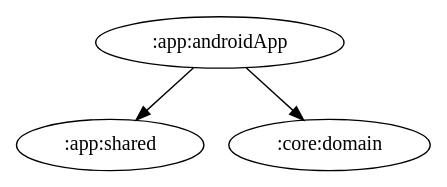
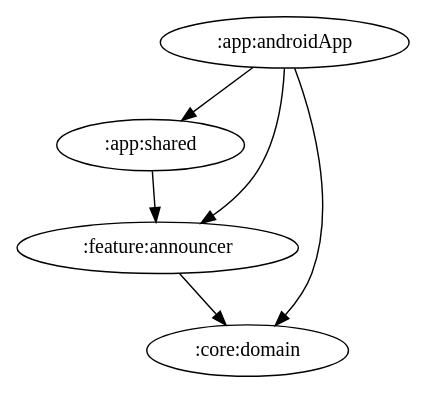
One commit to ai-kurou/KoDriver changed the diagram in docs/graphs/app-androidApp.gv. Above: the diagram before and after it, drawn with Graphviz. The commit also changed 13 other files, not shown here.

Commit message:
chore: update module graph images [skip ci]

```diff
--- a/docs/graphs/app-androidApp.gv
+++ b/docs/graphs/app-androidApp.gv
@@ -1,4 +1,7 @@
 digraph G {
   ":app:androidApp" -> ":app:shared"
   ":app:androidApp" -> ":core:domain"
+  ":app:androidApp" -> ":feature:announcer"
+  ":app:shared" -> ":feature:announcer"
+  ":feature:announcer" -> ":core:domain"
 }
```
